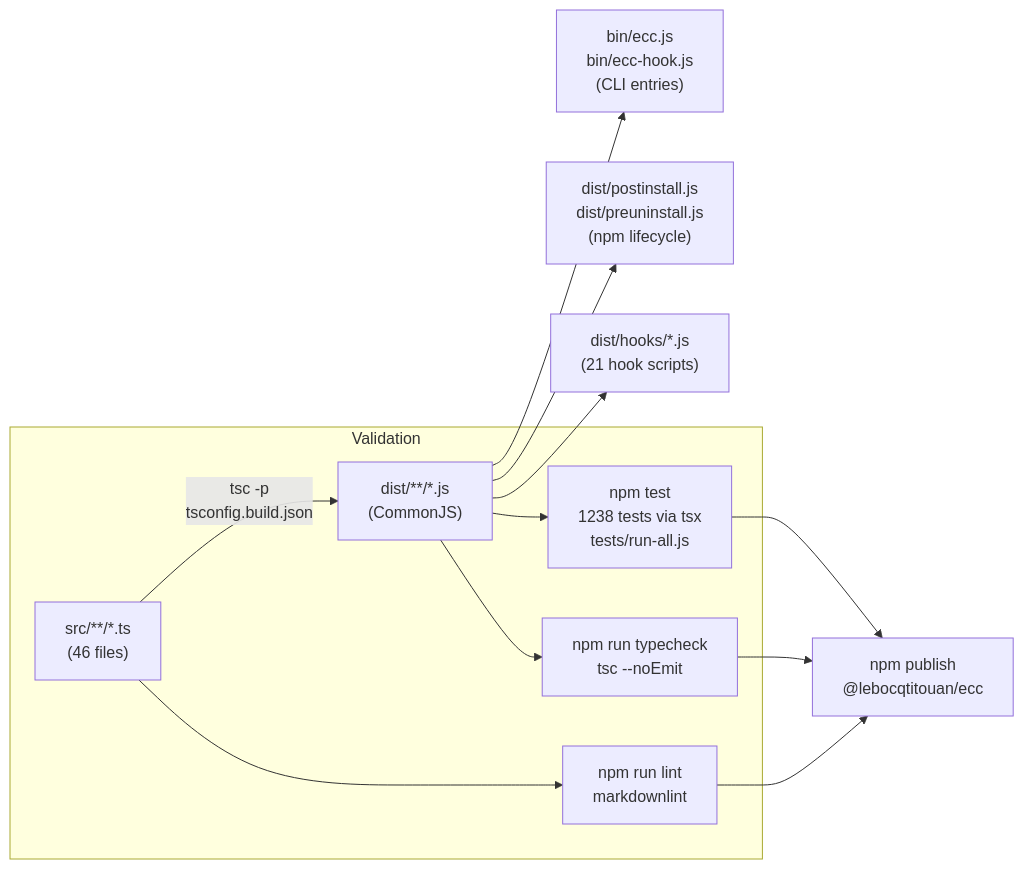
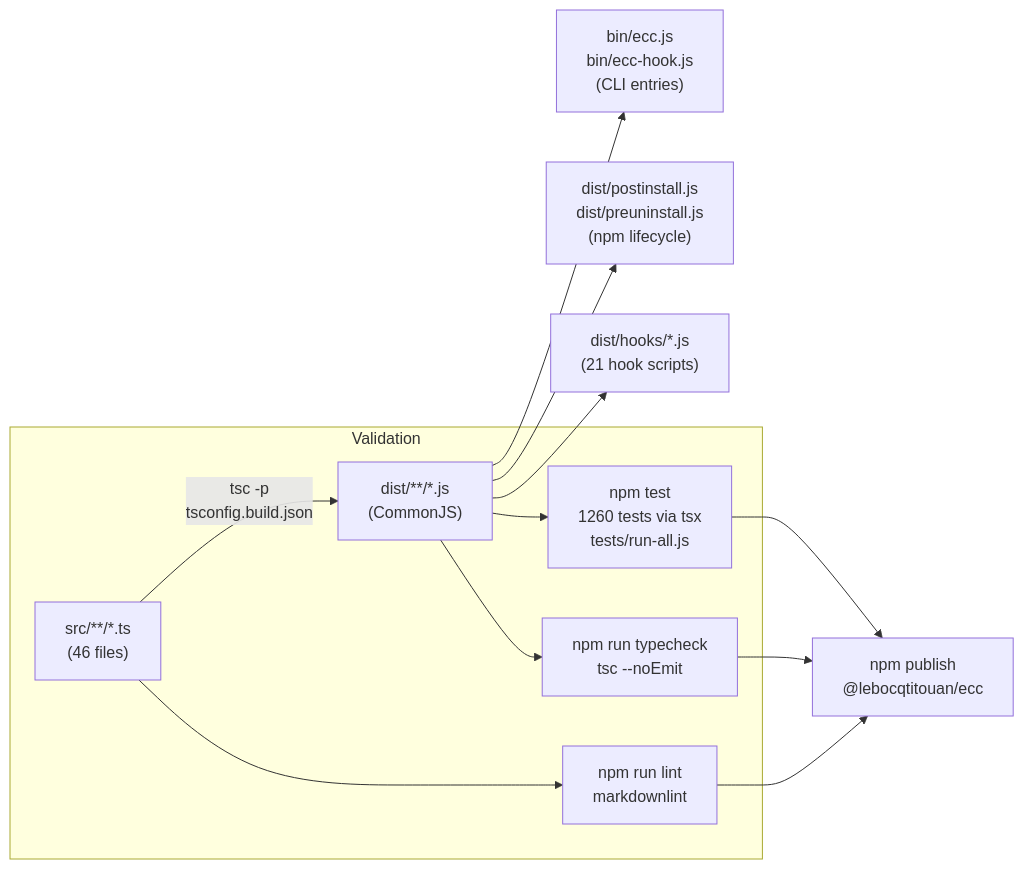
Before and after one commit to LEBOCQTitouan/everything-claude-code: the diagram in docs/diagrams/build-pipeline.md, drawn with Mermaid. The commit also changed 10 other files, not shown here.

````diff
--- a/docs/diagrams/build-pipeline.md
+++ b/docs/diagrams/build-pipeline.md
@@ -7,18 +7,18 @@
 ```mermaid
 flowchart LR
     SRC["src/**/*.ts<br/>(46 files)"] -->|"tsc -p<br/>tsconfig.build.json"| DIST["dist/**/*.js<br/>(CommonJS)"]
 
     DIST --> BIN["bin/ecc.js<br/>bin/ecc-hook.js<br/>(CLI entries)"]
     DIST --> LIFECYCLE["dist/postinstall.js<br/>dist/preuninstall.js<br/>(npm lifecycle)"]
     DIST --> HOOKS_OUT["dist/hooks/*.js<br/>(21 hook scripts)"]
 
     subgraph validation["Validation"]
-        DIST --> TEST["npm test<br/>1238 tests via tsx<br/>tests/run-all.js"]
+        DIST --> TEST["npm test<br/>1260 tests via tsx<br/>tests/run-all.js"]
         DIST --> TYPECHECK["npm run typecheck<br/>tsc --noEmit"]
         SRC --> LINT["npm run lint<br/>markdownlint"]
     end
 
     TEST --> PUBLISH["npm publish<br/>@lebocqtitouan/ecc"]
     TYPECHECK --> PUBLISH
     LINT --> PUBLISH
 ```
````
